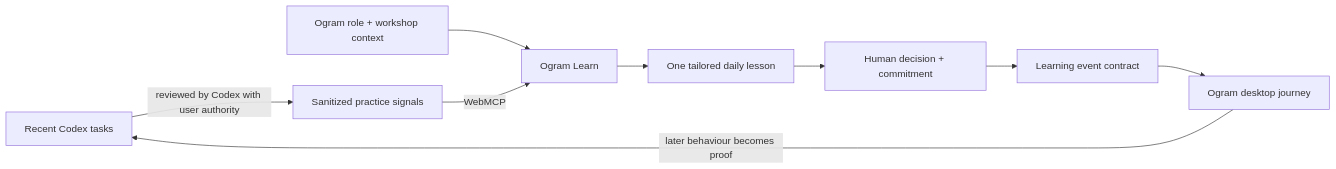
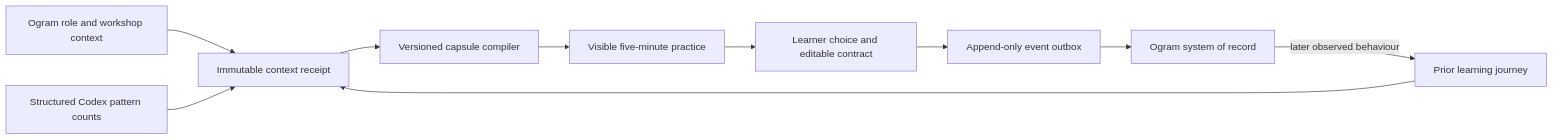
Before and after one commit to self-tech-labs/agentic-textbook: the diagram in README.md, drawn with Mermaid. The commit also changed other lines of this file and 45 other files, not shown here.

Commit message:
feat: rebuild Ogram Learn as a learning ledger

````diff
--- a/README.md
+++ b/README.md
@@ -11,11 +11,12 @@
 ```mermaid
 flowchart LR
-  A[Recent Codex tasks] -->|reviewed by Codex with user authority| B[Sanitized practice signals]
-  C[Ogram role + workshop context] --> D[Ogram Learn]
-  B -->|WebMCP| D
-  D --> E[One tailored daily lesson]
-  E --> F[Human decision + commitment]
-  F --> G[Learning event contract]
-  G --> H[Ogram desktop journey]
-  H -->|later behaviour becomes proof| A
+  A[Ogram role and workshop context] --> R[Immutable context receipt]
+  B[Structured Codex pattern counts] --> R
+  C[Prior learning journey] --> R
+  R --> K[Versioned capsule compiler]
+  K --> P[Visible five-minute practice]
+  P --> H[Learner choice and editable contract]
+  H --> O[Append-only event outbox]
+  O --> S[Ogram system of record]
+  S -->|later observed behaviour| C
 ```
````
